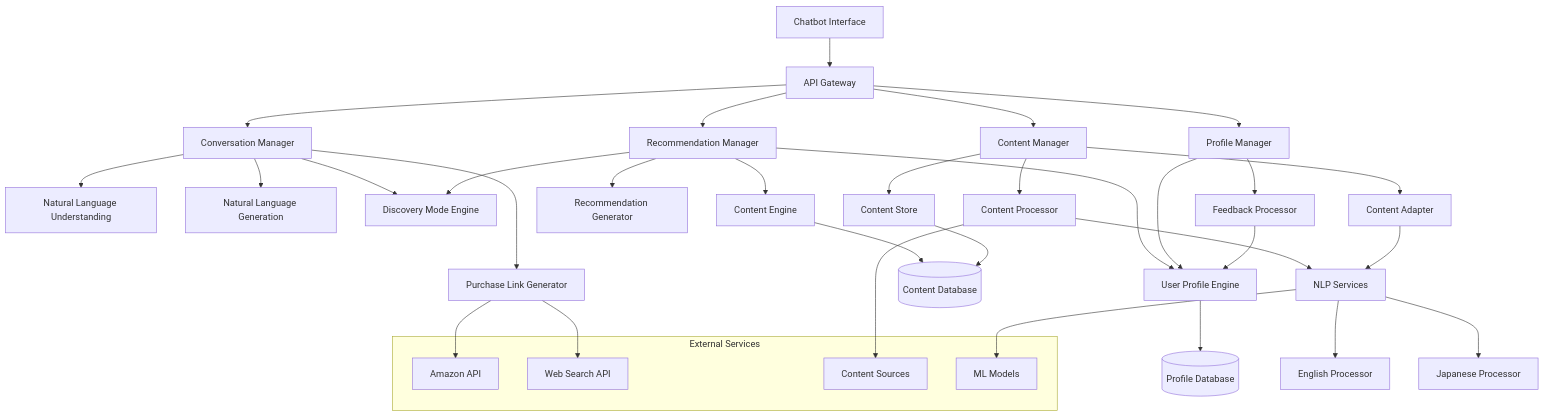
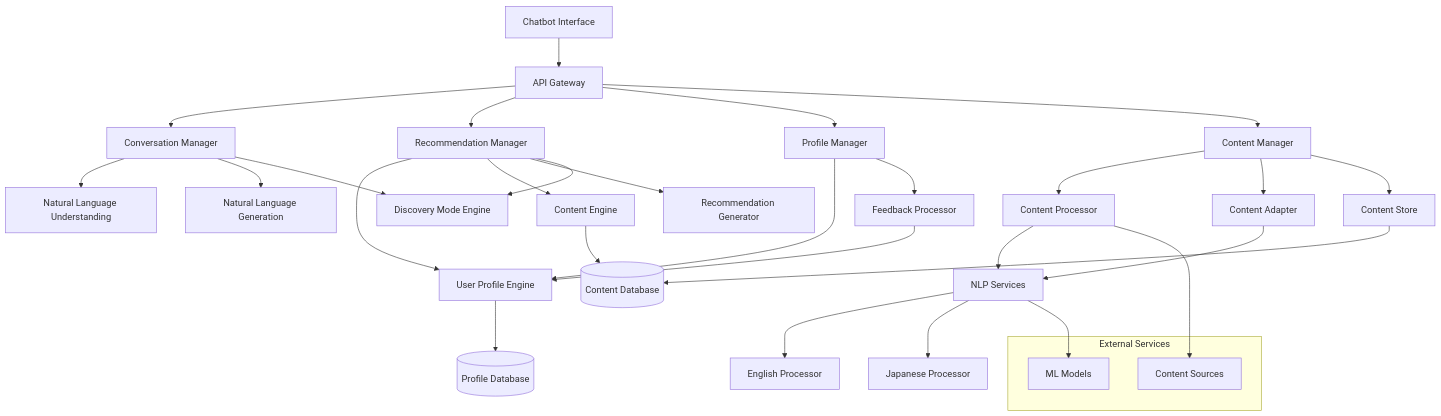
Before and after one commit to yuki-zmstr/noah: the diagram in .kiro/specs/reading-agent/design.md, drawn with Mermaid. The commit also changed other lines of this file and 54 other files, not shown here.

````diff
--- a/.kiro/specs/reading-agent/design.md
+++ b/.kiro/specs/reading-agent/design.md
@@ -11,49 +11,43 @@
 ```mermaid
 graph TB
     UI[Chatbot Interface] --> API[API Gateway]
     API --> CM[Conversation Manager]
     API --> RM[Recommendation Manager]
     API --> PM[Profile Manager]
     API --> CTM[Content Manager]
 
     CM --> NLU[Natural Language Understanding]
     CM --> NLG[Natural Language Generation]
     CM --> DM[Discovery Mode Engine]
-    CM --> PLG[Purchase Link Generator]
 
     RM --> UPE[User Profile Engine]
     RM --> CE[Content Engine]
     RM --> RG[Recommendation Generator]
     RM --> DM
 
     PM --> UPE
     PM --> FB[Feedback Processor]
 
     CTM --> CP[Content Processor]
     CTM --> CA[Content Adapter]
     CTM --> CS[Content Store]
 
     UPE --> PDB[(Profile Database)]
     CE --> CDB[(Content Database)]
     CS --> CDB
 
     CP --> NLP[NLP Services]
     CA --> NLP
     FB --> UPE
 
     NLP --> EN[English Processor]
     NLP --> JP[Japanese Processor]
 
-    PLG --> AMZ[Amazon API]
-    PLG --> WS[Web Search API]
-
     subgraph "External Services"
         EXT[Content Sources]
         ML[ML Models]
-        AMZ
-        WS
     end
 
     CP --> EXT
     NLP --> ML
 ```
````
